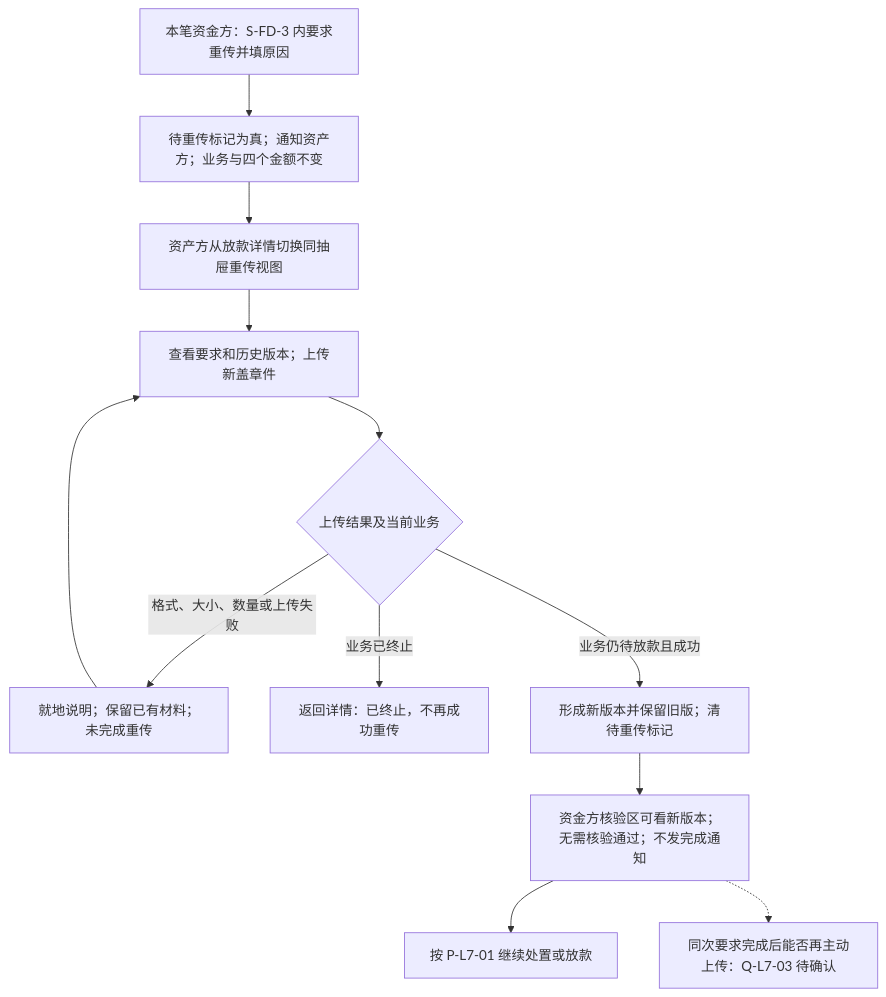
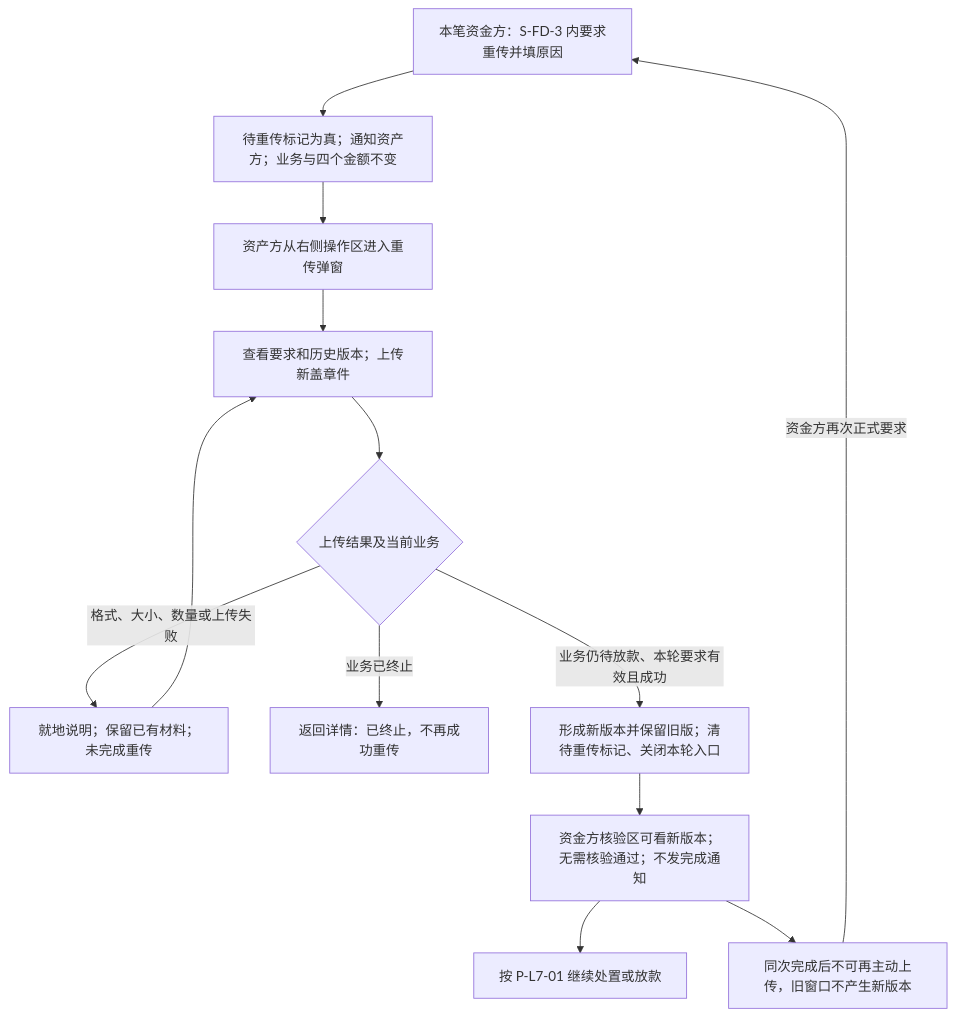
Before and after one commit to wxblockchain/Chain-Financing: the third of 6 diagrams in lending-platform/PRD/v1.0-借贷广场-放款与放款确认/v1.0-借贷广场-放款与放款确认-流程图与状态机.md, drawn with Mermaid. The commit also changed other lines of this file and 2 other files, not shown here.

````diff
--- a/lending-platform/PRD/v1.0-借贷广场-放款与放款确认/v1.0-借贷广场-放款与放款确认-流程图与状态机.md
+++ b/lending-platform/PRD/v1.0-借贷广场-放款与放款确认/v1.0-借贷广场-放款与放款确认-流程图与状态机.md
@@ -90,14 +85,15 @@
 ```mermaid
 flowchart TD
   A[本笔资金方：S-FD-3 内要求重传并填原因] --> B[待重传标记为真；通知资产方；业务与四个金额不变]
-  B --> C[资产方从放款详情切换同抽屉重传视图]
+  B --> C[资产方从右侧操作区进入重传弹窗]
   C --> D[查看要求和历史版本；上传新盖章件]
   D --> E{上传结果及当前业务}
   E -->|格式、大小、数量或上传失败| F[就地说明；保留已有材料；未完成重传]
   F --> D
   E -->|业务已终止| G[返回详情：已终止，不再成功重传]
-  E -->|业务仍待放款且成功| H[形成新版本并保留旧版；清待重传标记]
+  E -->|业务仍待放款、本轮要求有效且成功| H[形成新版本并保留旧版；清待重传标记、关闭本轮入口]
   H --> I[资金方核验区可看新版本；无需核验通过；不发完成通知]
   I --> J[按 P-L7-01 继续处置或放款]
-  I -.-> Q[同次要求完成后能否再主动上传：Q-L7-03 待确认]
+  I --> Q[同次完成后不可再主动上传，旧窗口不产生新版本]
+  Q -->|资金方再次正式要求| A
 ```
````
